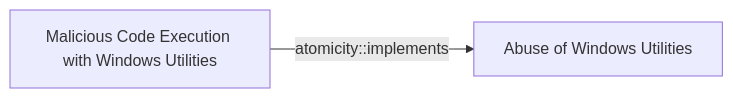
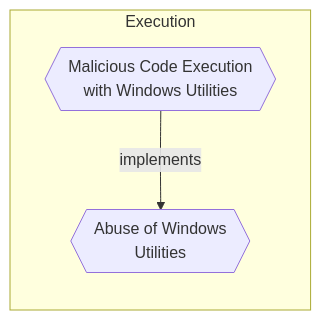
The diagram in docs/threats/malicious-code-execution-with-windows-utilities.md (opentidehq/library), drawn with Mermaid before and after one commit. The commit also changed other lines of this file and 540 other files, not shown here.

````diff
--- a/docs/threats/malicious-code-execution-with-windows-utilities.md
+++ b/docs/threats/malicious-code-execution-with-windows-utilities.md
@@ -85,6 +95,8 @@
 ```mermaid
 flowchart LR
-d5892ae6_d022_4ac8_858c_c2756067cdac["Malicious Code Execution with Windows Utilities"]
-d5039f2c_9fcc_4ba3_ad6a_da8c891ba745["Abuse of Windows Utilities"]
-d5892ae6_d022_4ac8_858c_c2756067cdac -->|atomicity::implements| d5039f2c_9fcc_4ba3_ad6a_da8c891ba745
+subgraph "Execution"
+d5892ae6_d022_4ac8_858c_c2756067cdac{{"Malicious Code Execution<br>with Windows Utilities"}}
+d5039f2c_9fcc_4ba3_ad6a_da8c891ba745{{"Abuse of Windows<br>Utilities"}}
+end
+d5892ae6_d022_4ac8_858c_c2756067cdac -->|implements| d5039f2c_9fcc_4ba3_ad6a_da8c891ba745
 ```
````
